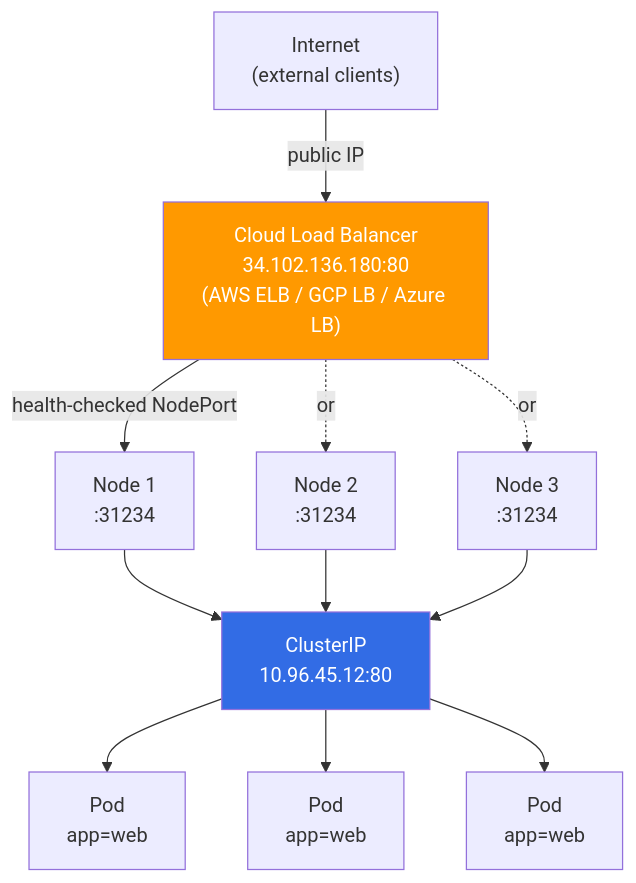
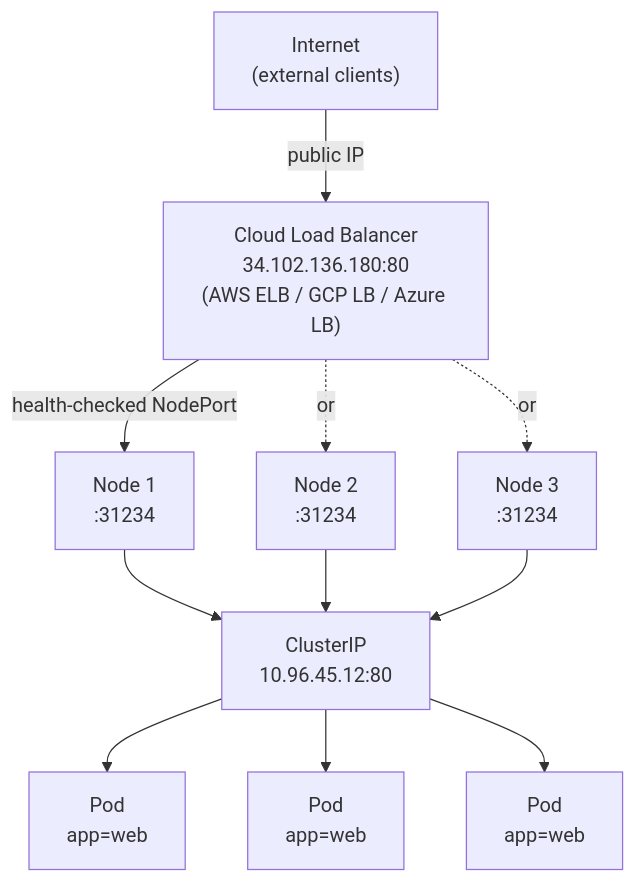
Before and after one commit to Antoine-Flo/kube-mastery: the diagram in src/courses/modules/services/05-loadbalancer/en/content.md, drawn with Mermaid. The commit also changed 21 other files, not shown here.

Commit message:
remove diagram styles

````diff
--- a/src/courses/modules/services/05-loadbalancer/en/content.md
+++ b/src/courses/modules/services/05-loadbalancer/en/content.md
@@ -51,26 +51,23 @@
 ```mermaid
 graph TB
     Internet["Internet\n(external clients)"]
     LB["Cloud Load Balancer\n34.102.136.180:80\n(AWS ELB / GCP LB / Azure LB)"]
     N1["Node 1\n:31234"]
     N2["Node 2\n:31234"]
     N3["Node 3\n:31234"]
     SVC["ClusterIP\n10.96.45.12:80"]
     P1["Pod\napp=web"]
     P2["Pod\napp=web"]
     P3["Pod\napp=web"]
 
     Internet -->|"public IP"| LB
     LB -->|"health-checked NodePort"| N1
     LB -.->|"or"| N2
     LB -.->|"or"| N3
     N1 --> SVC
     N2 --> SVC
     N3 --> SVC
     SVC --> P1
     SVC --> P2
     SVC --> P3
-
-    style LB fill:#ff9900,color:#fff
-    style SVC fill:#326ce5,color:#fff
 ```
````
